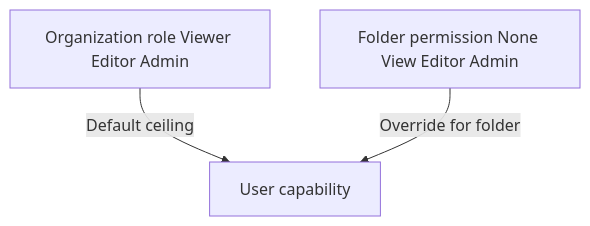
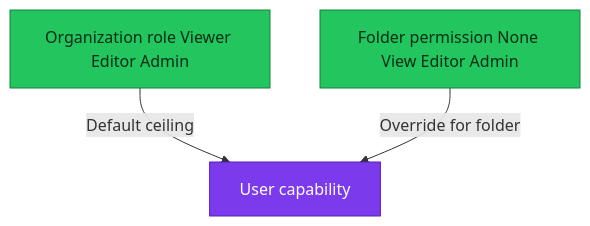
The first of 3 diagrams in docs/observability/grafana/rbac-multi-team.md (duynhlab/homelab), drawn with Mermaid before and after one commit. The commit also changed other lines of this file and 33 other files, not shown here.

First line of the commit message:
Refresh observability diagrams (#516)

````diff
--- a/docs/observability/grafana/rbac-multi-team.md
+++ b/docs/observability/grafana/rbac-multi-team.md
@@ -101,7 +101,12 @@
 ```mermaid
 flowchart TD
   OrgRole[Organization role Viewer Editor Admin]
   FolderPerm[Folder permission None View Editor Admin]
   OrgRole -->|"Default ceiling"| UserCap[User capability]
   FolderPerm -->|"Override for folder"| UserCap
+
+  classDef data fill:#22c55e,color:#052e16,stroke:#15803d;
+  classDef platform fill:#7c3aed,color:#fff,stroke:#5b21b6;
+  class OrgRole,FolderPerm data;
+  class UserCap platform;
 ```
````
